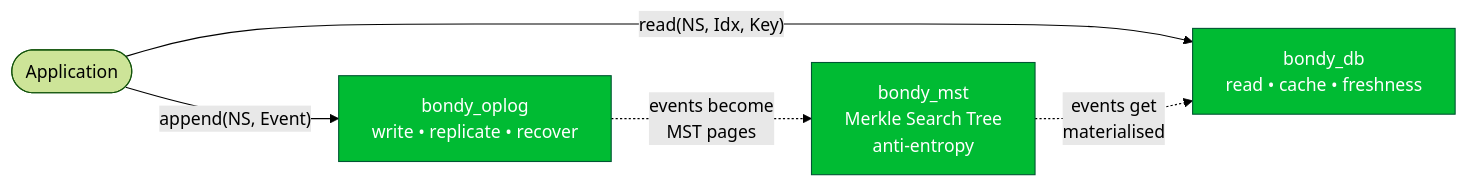
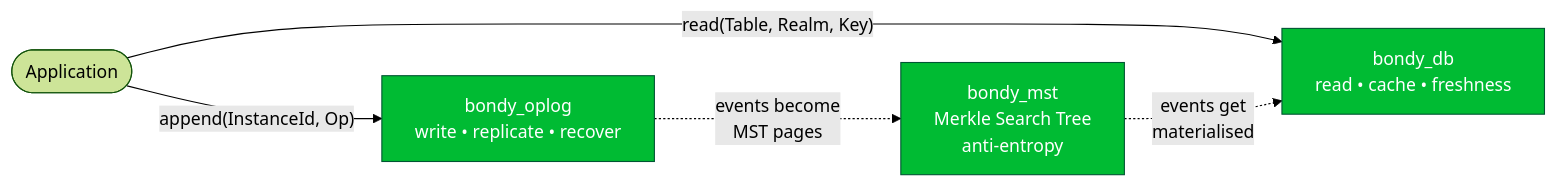
One commit to bondy-io/bondy_mst changed the first of 5 diagrams in doc_extras/architecture/00_overview.md. Above: the diagram before and after it, drawn with Mermaid (forest theme). The commit also changed other lines of this file and 10 other files, not shown here.

````diff
--- a/doc_extras/architecture/00_overview.md
+++ b/doc_extras/architecture/00_overview.md
@@ -22,16 +22,16 @@
 ```mermaid
 flowchart LR
     App(["Application"])
     OPLOG["bondy_oplog<br/>write • replicate • recover"]
     MST["bondy_mst<br/>Merkle Search Tree<br/>anti-entropy"]
     DB["bondy_db<br/>read • cache • freshness"]
 
-    App -- "append(NS, Event)" --> OPLOG
-    App -- "read(NS, Idx, Key)" --> DB
+    App -- "append(InstanceId, Op)" --> OPLOG
+    App -- "read(Table, Realm, Key)" --> DB
 
     OPLOG -. "events become<br/>MST pages" .-> MST
     MST  -. "events get<br/>materialised" .-> DB
 
     classDef pkg fill:#0b3,stroke:#053,color:#fff;
     class OPLOG,MST,DB pkg;
 ```
````
